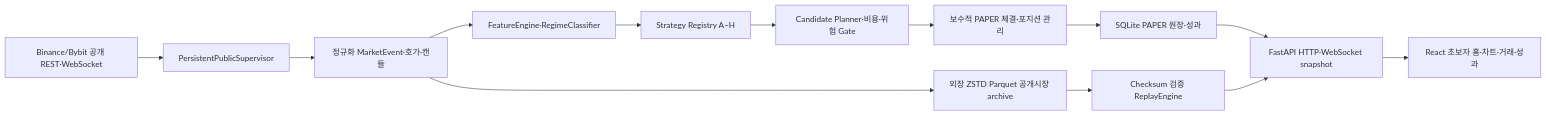
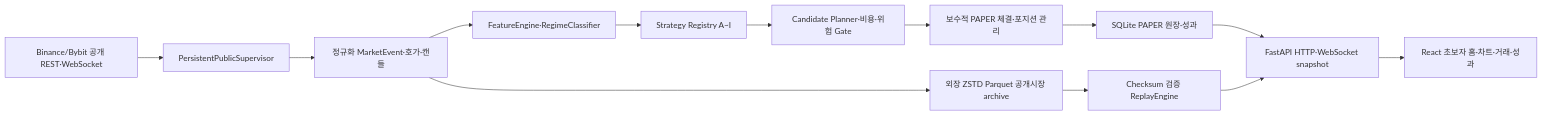
The diagram in ROBOM_FlowScalper_Codex_Package_20260822/00_AI_HANDOFF_먼저읽기.md (robom-labs/flowscalper), drawn with Mermaid before and after one commit. The commit also changed other lines of this file and 42 other files, not shown here.

````diff
--- a/ROBOM_FlowScalper_Codex_Package_20260822/00_AI_HANDOFF_먼저읽기.md
+++ b/ROBOM_FlowScalper_Codex_Package_20260822/00_AI_HANDOFF_먼저읽기.md
@@ -83,15 +83,15 @@
 ```mermaid
 flowchart LR
     A["Binance/Bybit 공개 REST·WebSocket"] --> B["PersistentPublicSupervisor"]
     B --> C["정규화 MarketEvent·호가·캔들"]
     C --> D["FeatureEngine·RegimeClassifier"]
-    D --> E["Strategy Registry A~H"]
+    D --> E["Strategy Registry A~I"]
     E --> F["Candidate Planner·비용·위험 Gate"]
     F --> G["보수적 PAPER 체결·포지션 관리"]
     G --> H["SQLite PAPER 원장·성과"]
     C --> I["외장 ZSTD Parquet 공개시장 archive"]
     I --> J["Checksum 검증 ReplayEngine"]
     H --> K["FastAPI HTTP·WebSocket snapshot"]
     J --> K
     K --> L["React 초보자 홈·차트·거래·성과"]
 ```
````
